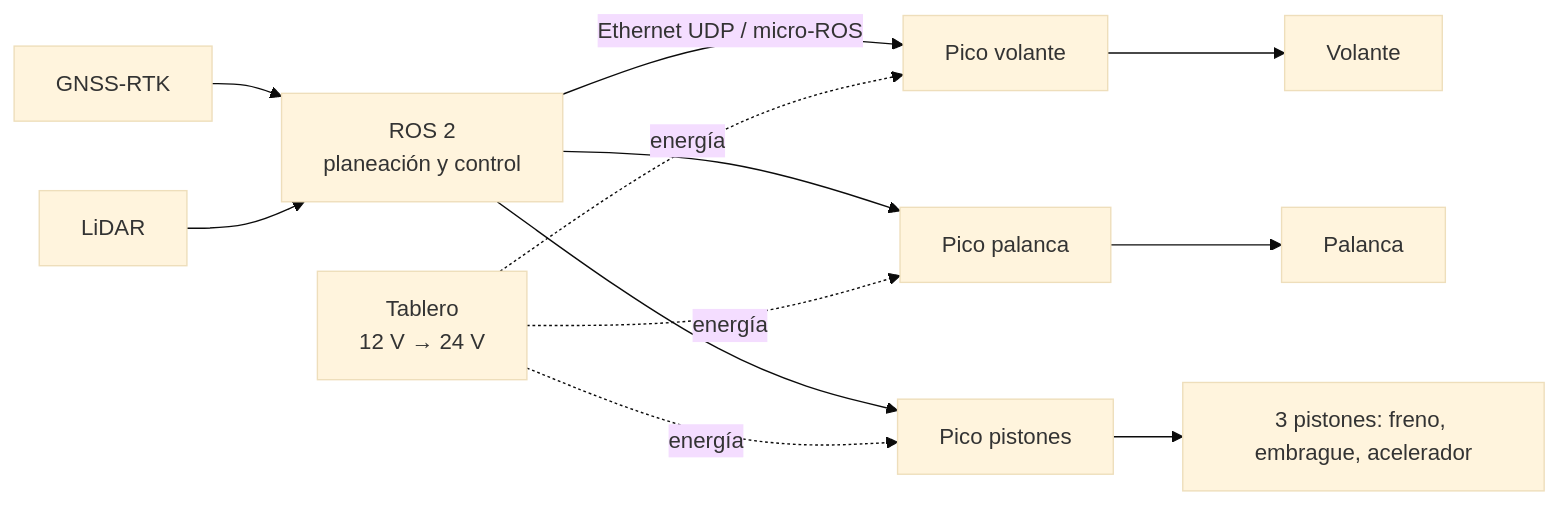
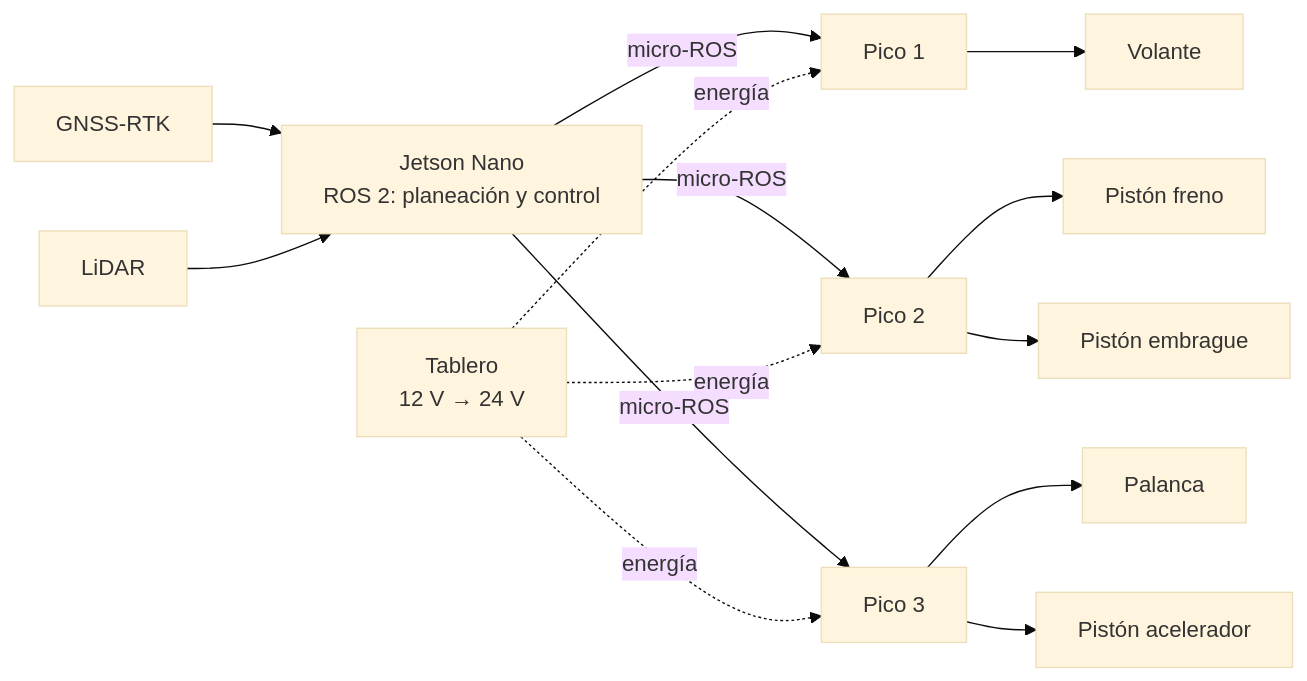
Before and after one commit to BrianSimpson01/Agrotecnologias-abiertas-para-mexico-: the diagram in docs/index.md, drawn with Mermaid (base theme). The commit also changed other lines of this file and 6 other files, not shown here.

Commit message:
Corregir arquitectura: Picos y Jetson Nano

````diff
--- a/docs/index.md
+++ b/docs/index.md
@@ -44,12 +44,14 @@
 ```mermaid
 flowchart LR
-    GNSS[GNSS-RTK] --> ROS[ROS 2<br/>planeación y control]
+    GNSS[GNSS-RTK] --> ROS[Jetson Nano<br/>ROS 2: planeación y control]
     LIDAR[LiDAR] --> ROS
-    ROS -->|Ethernet UDP / micro-ROS| P1[Pico volante]
-    ROS --> P2[Pico palanca]
-    ROS --> P3[Pico pistones]
+    ROS -->|micro-ROS| P1[Pico 1]
+    ROS -->|micro-ROS| P2[Pico 2]
+    ROS -->|micro-ROS| P3[Pico 3]
     TAB[Tablero<br/>12 V → 24 V] -. energía .-> P1 & P2 & P3
     P1 --> V[Volante]
-    P2 --> PA[Palanca]
-    P3 --> PI[3 pistones: freno, embrague, acelerador]
+    P2 --> FR[Pistón freno]
+    P2 --> EM[Pistón embrague]
+    P3 --> PA[Palanca]
+    P3 --> AC[Pistón acelerador]
 ```
````
